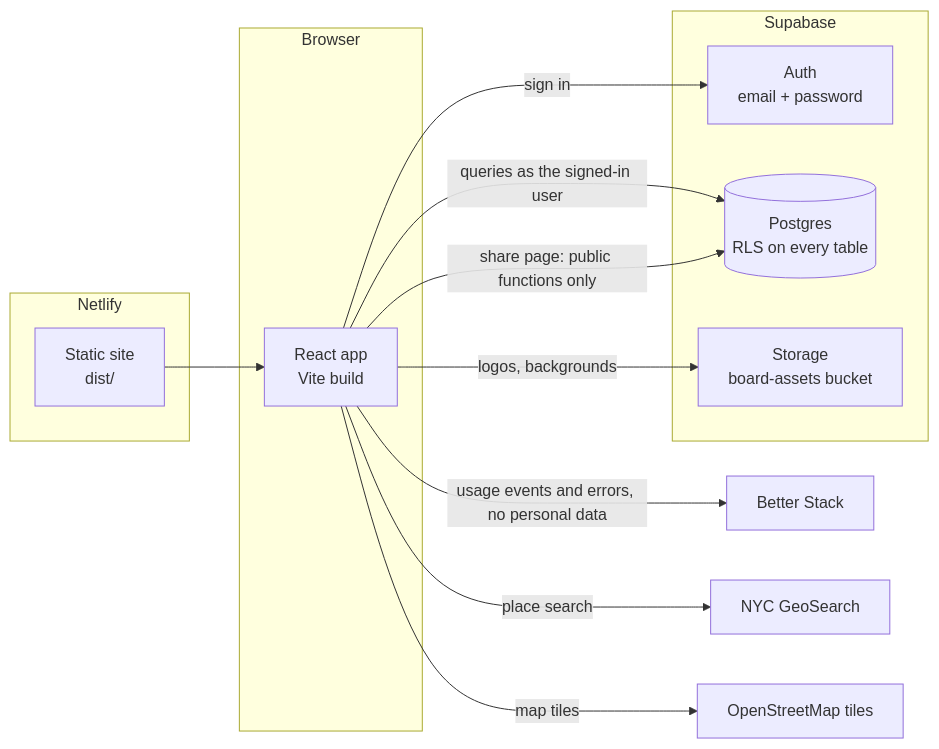
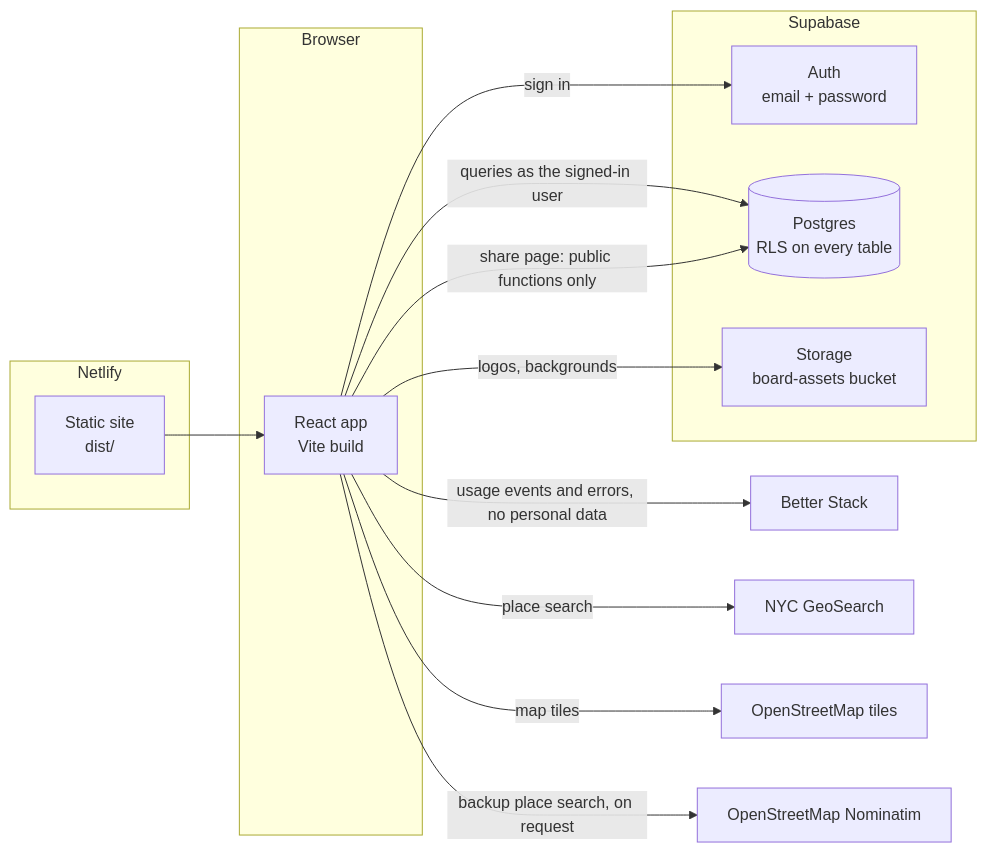
The diagram in docs/architecture.md (rachichi/loopback), drawn with Mermaid before and after one commit. The commit also changed other lines of this file and 4 other files, not shown here.

First line of the commit message:
Add a backup place search for addresses NYC GeoSearch lacks (#29)

````diff
--- a/docs/architecture.md
+++ b/docs/architecture.md
@@ -7,26 +7,28 @@
 ```mermaid
 flowchart LR
   subgraph Browser
     App[React app<br/>Vite build]
   end
   subgraph Netlify
     Static[Static site<br/>dist/]
   end
   subgraph Supabase
     Auth[Auth<br/>email + password]
     PG[(Postgres<br/>RLS on every table)]
     Storage[Storage<br/>board-assets bucket]
   end
   BS[Better Stack]
   GeoSearch[NYC GeoSearch]
   OSM[OpenStreetMap tiles]
+  Nominatim[OpenStreetMap Nominatim]
 
   Static --> App
   App -- sign in --> Auth
   App -- queries as the signed-in user --> PG
   App -- share page: public functions only --> PG
   App -- logos, backgrounds --> Storage
   App -- usage events and errors, no personal data --> BS
   App -- place search --> GeoSearch
+  App -- backup place search, on request --> Nominatim
   App -- map tiles --> OSM
 ```
````
